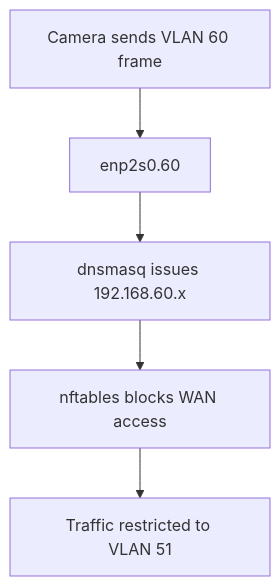
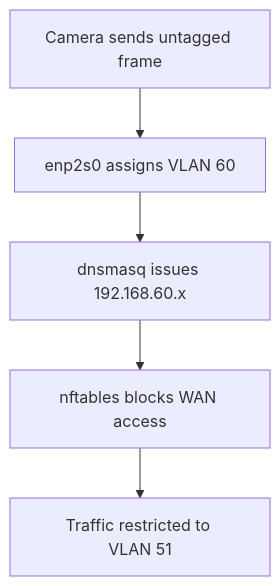
The fourth of 8 diagrams in SOFTWARE.md (GEMISIS/home-network-setup), drawn with Mermaid before and after one commit. The commit also changed other lines of this file and 2 other files, not shown here.

Commit message:
Clarify untagged HA and camera VLAN handling

````diff
--- a/SOFTWARE.md
+++ b/SOFTWARE.md
@@ -84,7 +87,7 @@
 ```mermaid
 flowchart TD
-    A[Camera sends VLAN 60 frame] --> B[enp2s0.60]
+    A[Camera sends untagged frame] --> B[enp2s0 assigns VLAN 60]
     B --> C[dnsmasq issues 192.168.60.x]
     C --> D[nftables blocks WAN access]
     D --> E[Traffic restricted to VLAN 51]
 ```
````
